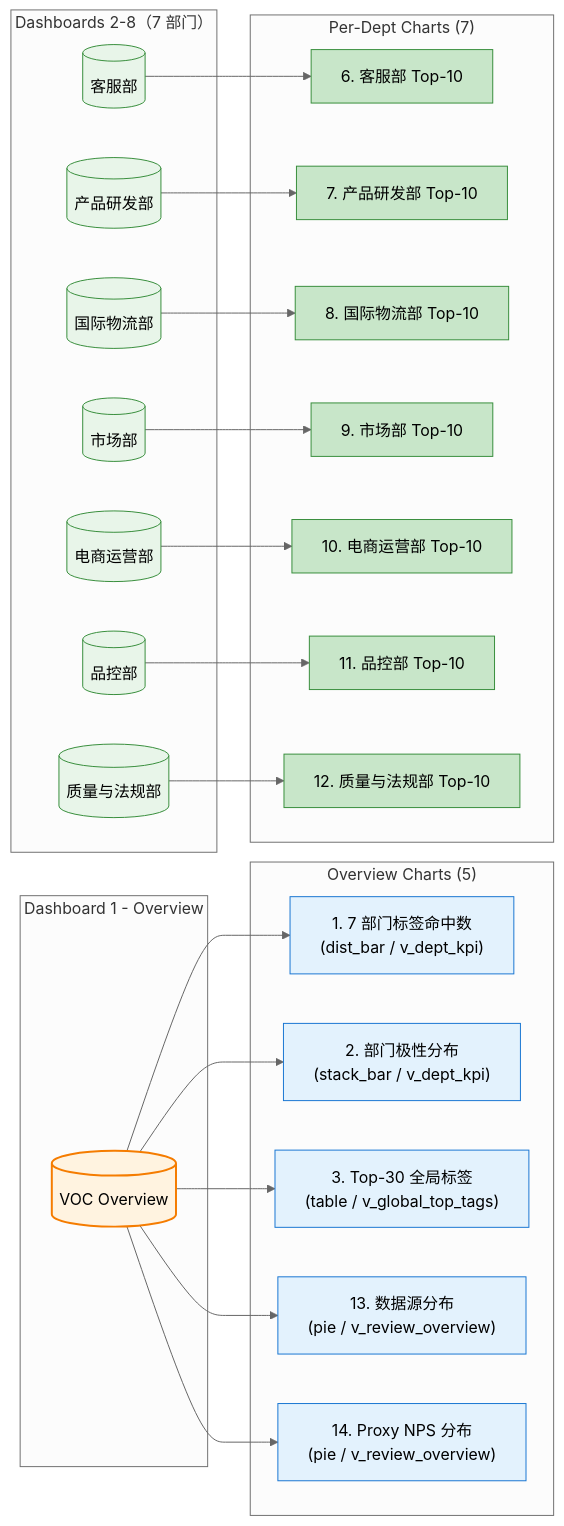
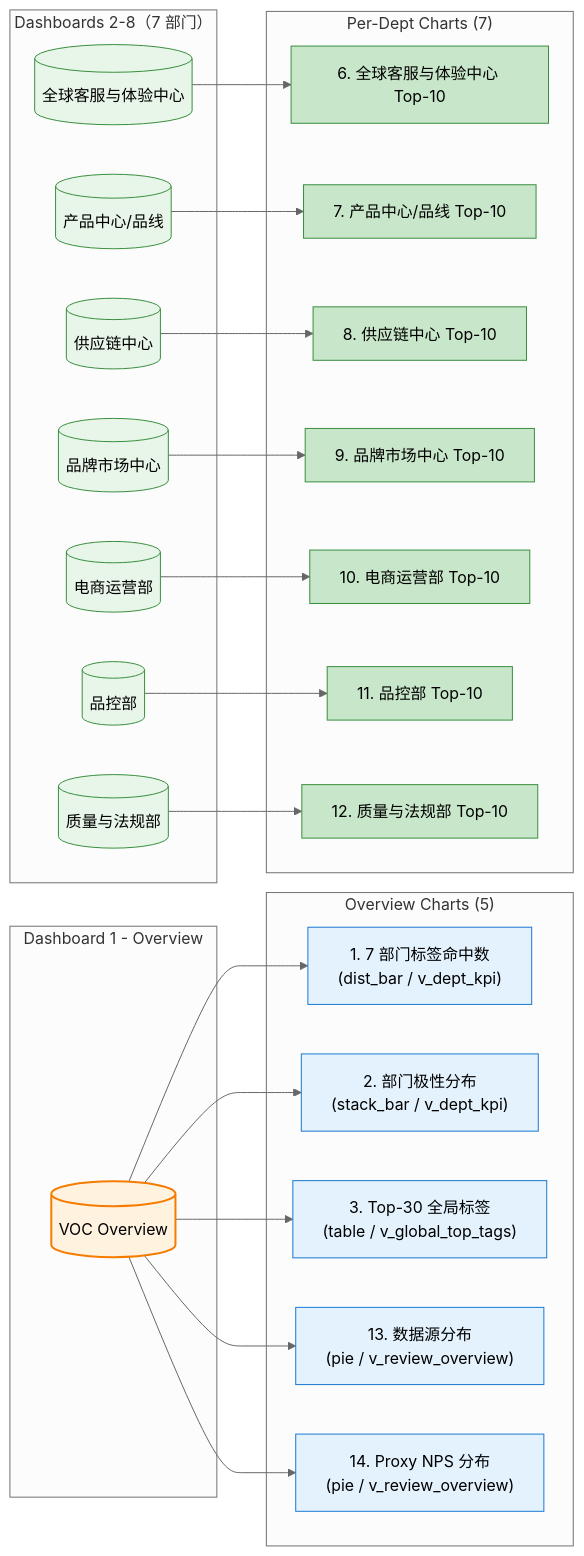
The fifth of 10 diagrams in paper2skills-vault/07-NLP-VOC/research/01-设计文档/00-Phase5-汇报与复盘/phase7-architecture-diagrams.md (zjgulai/paper_to_skills), drawn with Mermaid (neutral theme) before and after one commit. The commit also changed other lines of this file and 341 other files, not shown here.

````diff
--- a/paper2skills-vault/07-NLP-VOC/research/01-设计文档/00-Phase5-汇报与复盘/phase7-architecture-diagrams.md
+++ b/paper2skills-vault/07-NLP-VOC/research/01-设计文档/00-Phase5-汇报与复盘/phase7-architecture-diagrams.md
@@ -176,57 +176,57 @@
 ```mermaid
 flowchart LR
     subgraph DASH1["Dashboard 1 - Overview"]
         D1[("VOC Overview")]
     end
     subgraph DEPT["Dashboards 2-8（7 部门）"]
-        D2[("客服部")]
-        D3[("产品研发部")]
-        D4[("国际物流部")]
-        D5[("市场部")]
+        D2[("全球客服与体验中心")]
+        D3[("产品中心/品线")]
+        D4[("供应链中心")]
+        D5[("品牌市场中心")]
         D6[("电商运营部")]
         D7[("品控部")]
         D8[("质量与法规部")]
     end
 
     subgraph CHARTS_OV["Overview Charts (5)"]
         C1["1. 7 部门标签命中数<br/>(dist_bar / v_dept_kpi)"]
         C2["2. 部门极性分布<br/>(stack_bar / v_dept_kpi)"]
         C3["3. Top-30 全局标签<br/>(table / v_global_top_tags)"]
         C13["13. 数据源分布<br/>(pie / v_review_overview)"]
         C14["14. Proxy NPS 分布<br/>(pie / v_review_overview)"]
     end
 
     subgraph CHARTS_DEPT["Per-Dept Charts (7)"]
-        C6["6. 客服部 Top-10"]
-        C7["7. 产品研发部 Top-10"]
-        C8["8. 国际物流部 Top-10"]
-        C9["9. 市场部 Top-10"]
+        C6["6. 全球客服与体验中心 Top-10"]
+        C7["7. 产品中心/品线 Top-10"]
+        C8["8. 供应链中心 Top-10"]
+        C9["9. 品牌市场中心 Top-10"]
         C10["10. 电商运营部 Top-10"]
         C11["11. 品控部 Top-10"]
         C12["12. 质量与法规部 Top-10"]
     end
 
     D1 --> C1
     D1 --> C2
     D1 --> C3
     D1 --> C13
     D1 --> C14
 
     D2 --> C6
     D3 --> C7
     D4 --> C8
     D5 --> C9
     D6 --> C10
     D7 --> C11
     D8 --> C12
 
     classDef dashOV fill:#fff3e0,stroke:#f57c00,stroke-width:2px;
     classDef dashDept fill:#e8f5e9,stroke:#388e3c;
     classDef chartOV fill:#e3f2fd,stroke:#1976d2;
     classDef chartDept fill:#c8e6c9,stroke:#388e3c;
 
     class D1 dashOV;
     class D2,D3,D4,D5,D6,D7,D8 dashDept;
     class C1,C2,C3,C13,C14 chartOV;
     class C6,C7,C8,C9,C10,C11,C12 chartDept;
 ```
````
